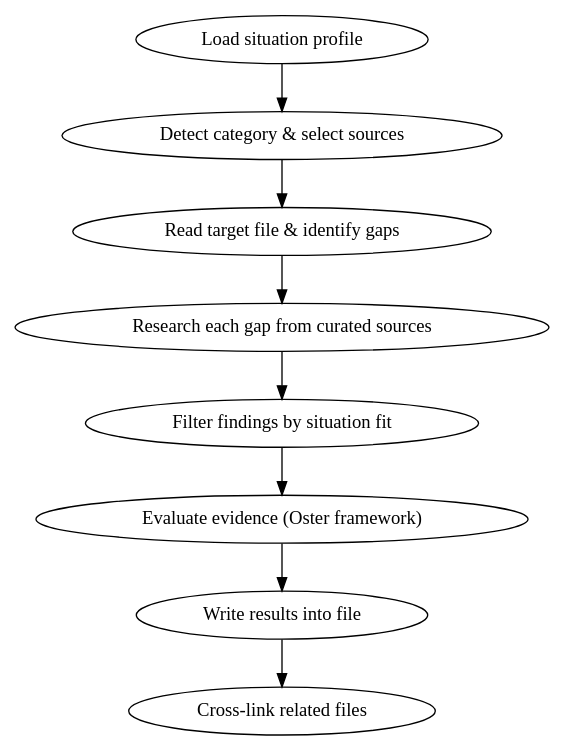
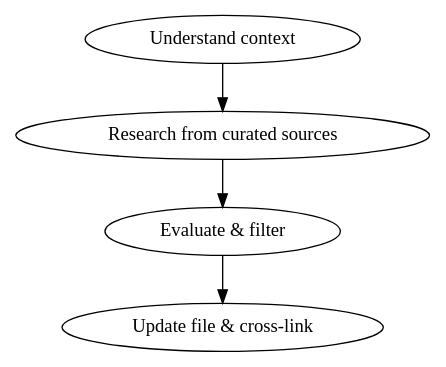
The diagram in .claude/skills/baby-research/SKILL.md (mahjiang/baby-brain), drawn with Graphviz before and after one commit. The commit also changed other lines of this file and 45 other files, not shown here.

````diff
--- a/.claude/skills/baby-research/SKILL.md
+++ b/.claude/skills/baby-research/SKILL.md
@@ -17,11 +17,7 @@
 ```dot
 digraph research_flow {
-    "Load situation profile" -> "Detect category & select sources";
-    "Detect category & select sources" -> "Read target file & identify gaps";
-    "Read target file & identify gaps" -> "Research each gap from curated sources";
-    "Research each gap from curated sources" -> "Filter findings by situation fit";
-    "Filter findings by situation fit" -> "Evaluate evidence (Oster framework)";
-    "Evaluate evidence (Oster framework)" -> "Write results into file";
-    "Write results into file" -> "Cross-link related files";
+    "Understand context" -> "Research from curated sources";
+    "Research from curated sources" -> "Evaluate & filter";
+    "Evaluate & filter" -> "Update file & cross-link";
 }
 ```
````
